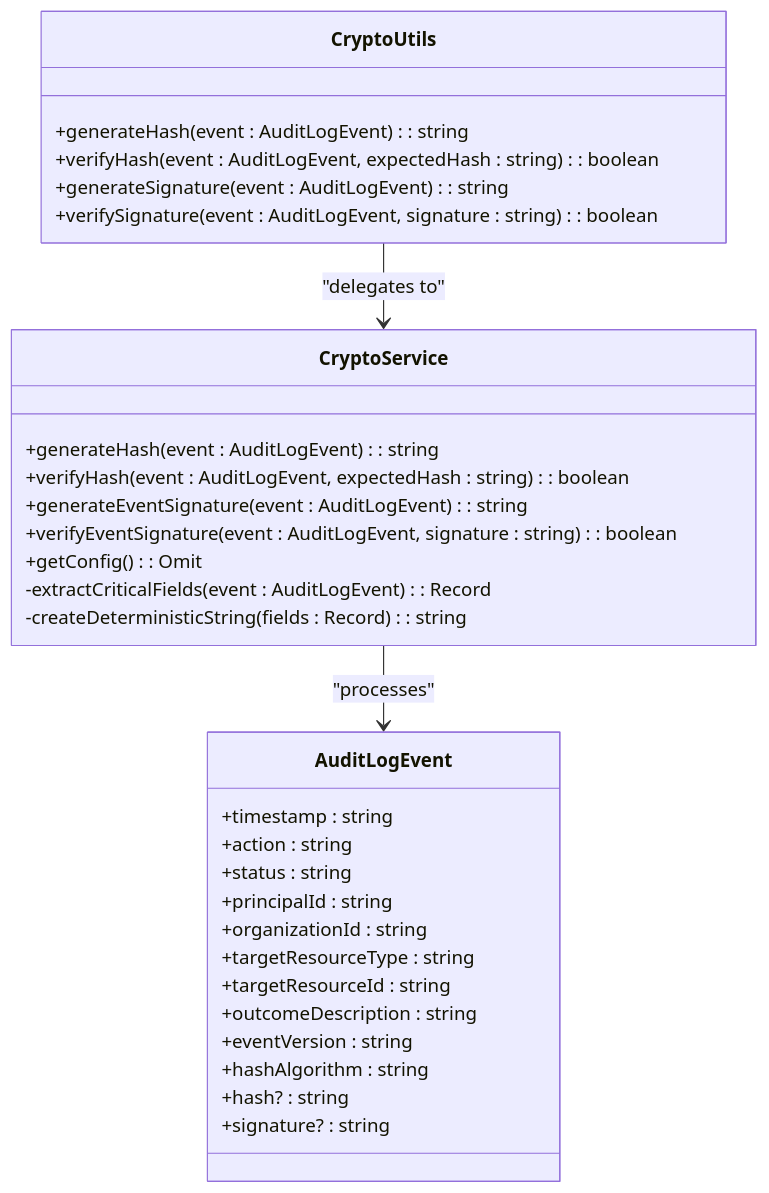
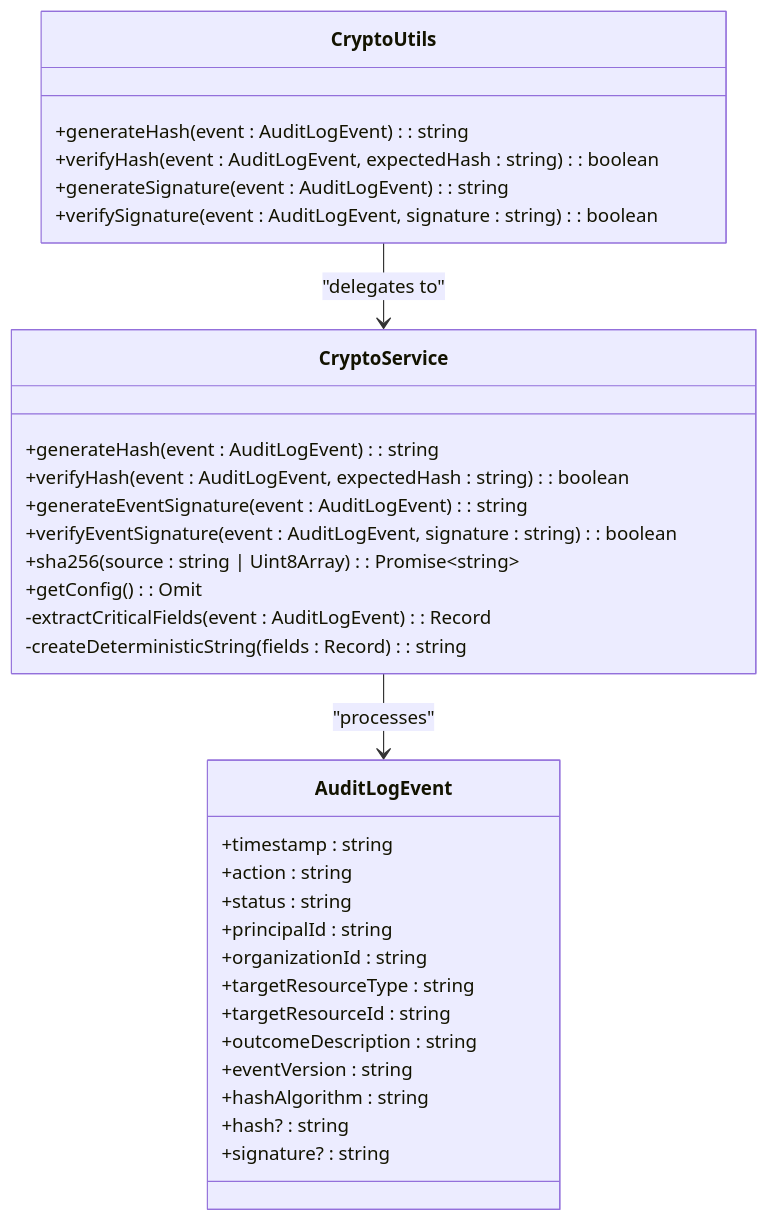
One commit to smedrec/smart-logs changed the first of 3 diagrams in .qoder/repowiki/en/content/Audit Core System/Security/Cryptography.md. Above: the diagram before and after it, drawn with Mermaid. The commit also changed other lines of this file and 14 other files, not shown here.

````diff
--- a/.qoder/repowiki/en/content/Audit Core System/Security/Cryptography.md
+++ b/.qoder/repowiki/en/content/Audit Core System/Security/Cryptography.md
@@ -29,34 +37,35 @@
 ```mermaid
 classDiagram
 class CryptoService {
 +generateHash(event : AuditLogEvent) : string
 +verifyHash(event : AuditLogEvent, expectedHash : string) : boolean
 +generateEventSignature(event : AuditLogEvent) : string
 +verifyEventSignature(event : AuditLogEvent, signature : string) : boolean
++sha256(source : string | Uint8Array) : Promise~string~
 +getConfig() : Omit<CryptoConfig, 'secretKey'>
 -extractCriticalFields(event : AuditLogEvent) : Record<string, any>
 -createDeterministicString(fields : Record<string, any>) : string
 }
 class CryptoUtils {
 +generateHash(event : AuditLogEvent) : string
 +verifyHash(event : AuditLogEvent, expectedHash : string) : boolean
 +generateSignature(event : AuditLogEvent) : string
 +verifySignature(event : AuditLogEvent, signature : string) : boolean
 }
 class AuditLogEvent {
 +timestamp : string
 +action : string
 +status : string
 +principalId : string
 +organizationId : string
 +targetResourceType : string
 +targetResourceId : string
 +outcomeDescription : string
 +eventVersion : string
 +hashAlgorithm : string
 +hash? : string
 +signature? : string
 }
 CryptoService --> AuditLogEvent : "processes"
 CryptoUtils --> CryptoService : "delegates to"
 ```
````
